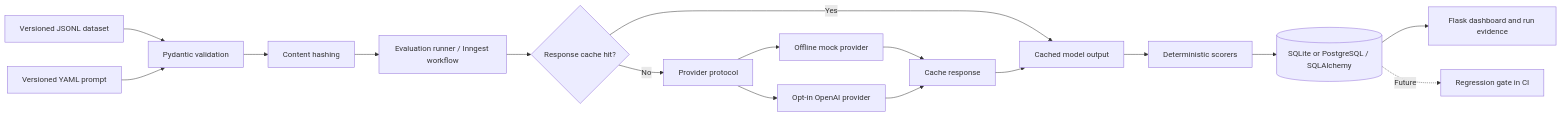
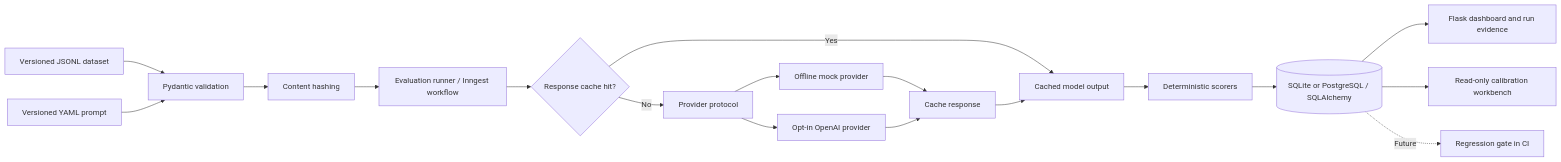
The first of 3 diagrams in README.md (Sujay1709/evalbench-ai), drawn with Mermaid before and after one commit. The commit also changed other lines of this file and 10 other files, not shown here.

Commit message:
feat: add interactive calibration workbench

````diff
--- a/README.md
+++ b/README.md
@@ -46,19 +47,20 @@
 ```mermaid
 flowchart LR
     D["Versioned JSONL dataset"] --> V["Pydantic validation"]
     P["Versioned YAML prompt"] --> V
     V --> H["Content hashing"]
     H --> R["Evaluation runner / Inngest workflow"]
     R --> C{"Response cache hit?"}
     C -- Yes --> O["Cached model output"]
     C -- No --> S["Provider protocol"]
     S --> M["Offline mock provider"]
     S --> L["Opt-in OpenAI provider"]
     M --> W["Cache response"]
     L --> W
     W --> O
     O --> E["Deterministic scorers"]
     E --> DB[("SQLite or PostgreSQL / SQLAlchemy")]
     DB --> UI["Flask dashboard and run evidence"]
+    DB --> CAL["Read-only calibration workbench"]
     DB -. "Future" .-> CI["Regression gate in CI"]
 ```
````
